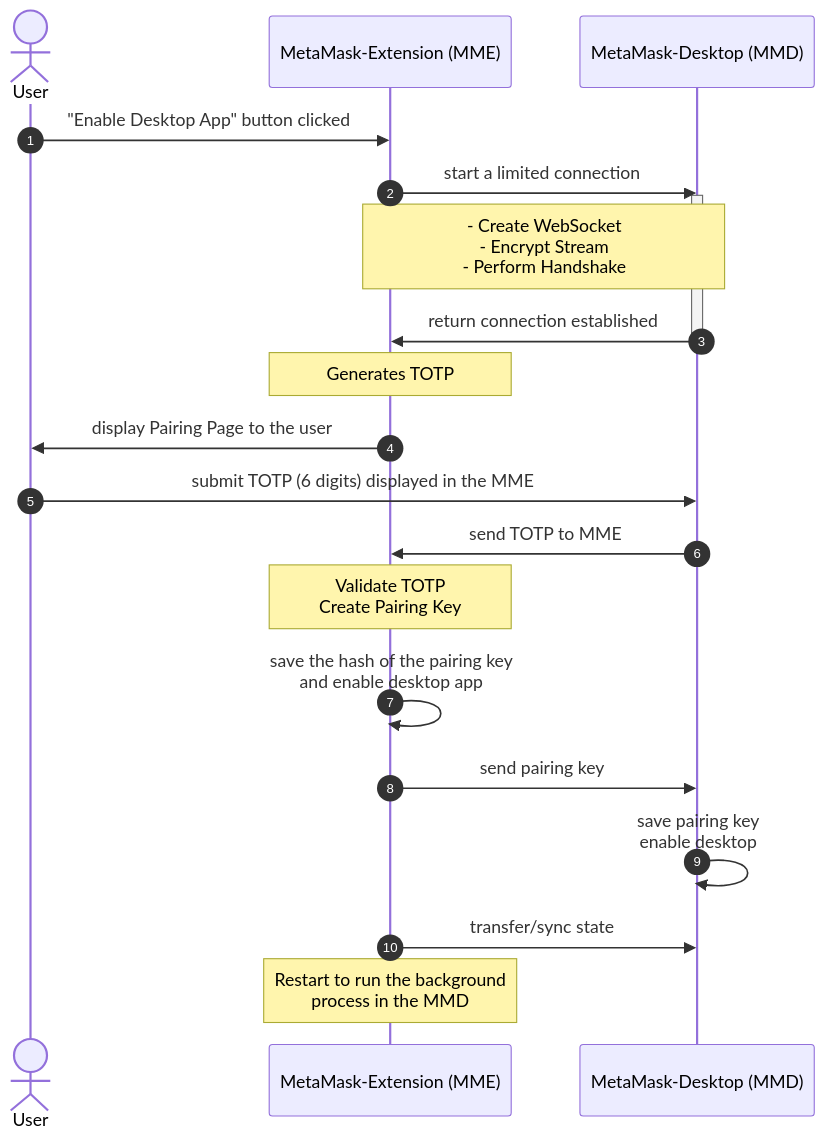
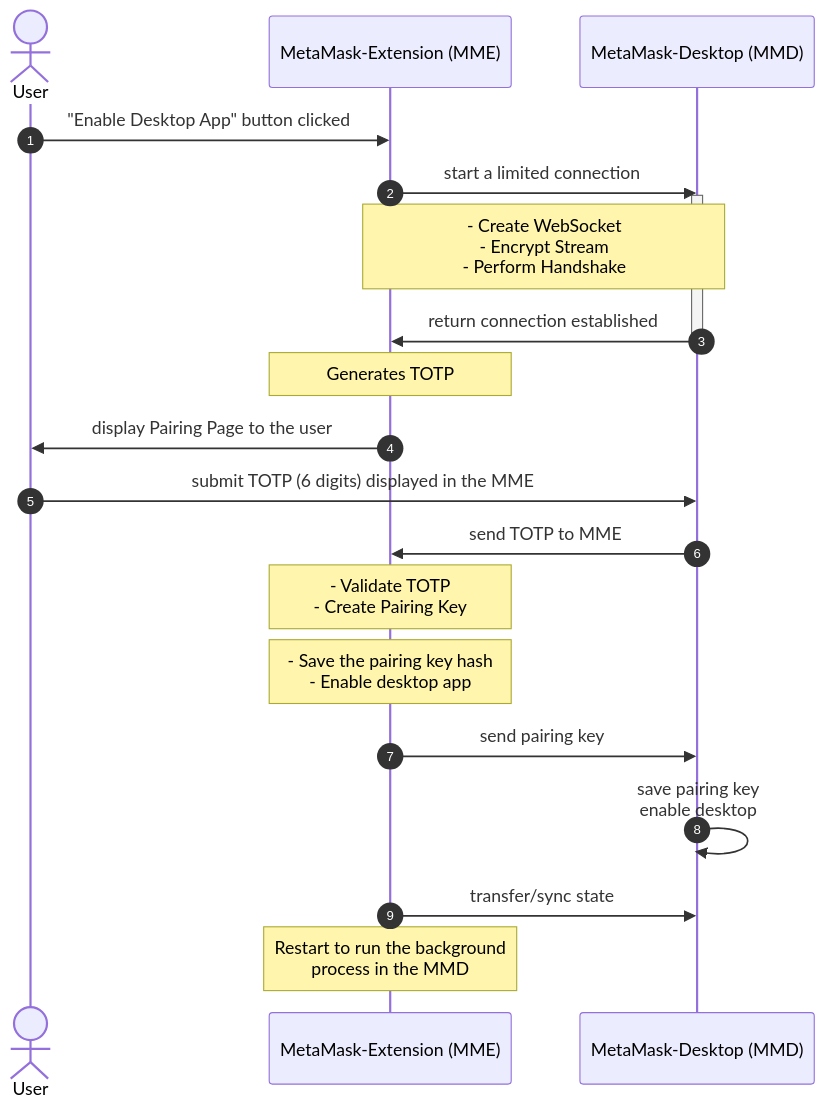
The diagram in docs/totp-pairing-flow.md (MetaMask/metamask-desktop), drawn with Mermaid before and after one commit. The commit also changed other lines of this file, not shown here.

````diff
--- a/docs/totp-pairing-flow.md
+++ b/docs/totp-pairing-flow.md
@@ -7,25 +7,25 @@
 ```mermaid
 sequenceDiagram
  autonumber
     actor User
     participant MME as MetaMask-Extension (MME)
     participant MMD as MetaMask-Desktop (MMD)
     User->>MME: "Enable Desktop App" button clicked
         MME->>MMD: start a limited connection
         activate MMD
         Note over MME,MMD: - Create WebSocket<br/>- Encrypt Stream<br/>- Perform Handshake
         MMD->>MME: return connection established
         deactivate MMD
         Note over MME: Generates TOTP
     MME->>User: display Pairing Page to the user
     User->>MMD: submit TOTP (6 digits) displayed in the MME
     MMD->>MME: send TOTP to MME
-    Note over MME: Validate TOTP<br>Create Pairing Key
-    MME->>MME: save the hash of the pairing key<br> and enable desktop app
+    Note over MME: - Validate TOTP<br/>- Create Pairing Key
+    Note over MME: - Save the pairing key hash<br/>- Enable desktop app
     MME->>MMD: send pairing key
     MMD->>MMD: save pairing key<br>enable desktop
     MME->>MMD: transfer/sync state
     Note over MME: Restart to run the background<br> process in the MMD
     
 
 ```
````
